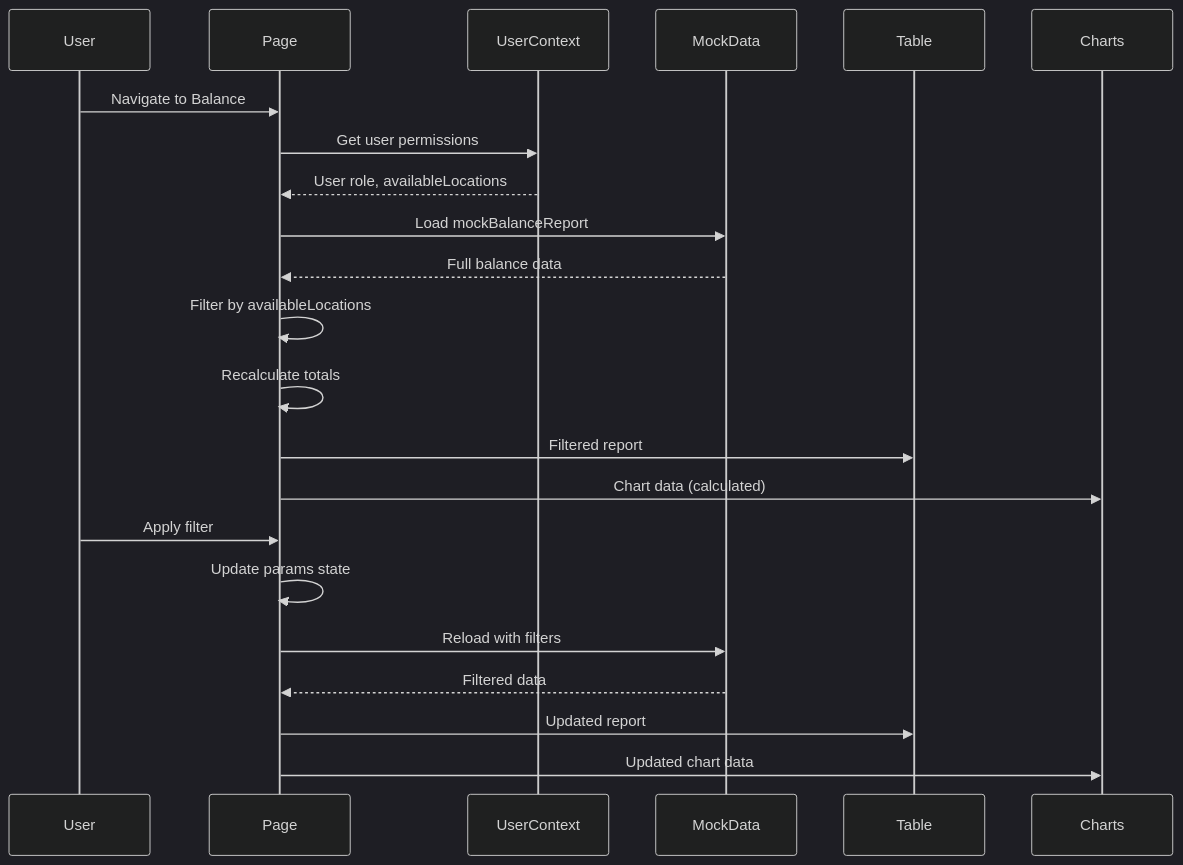
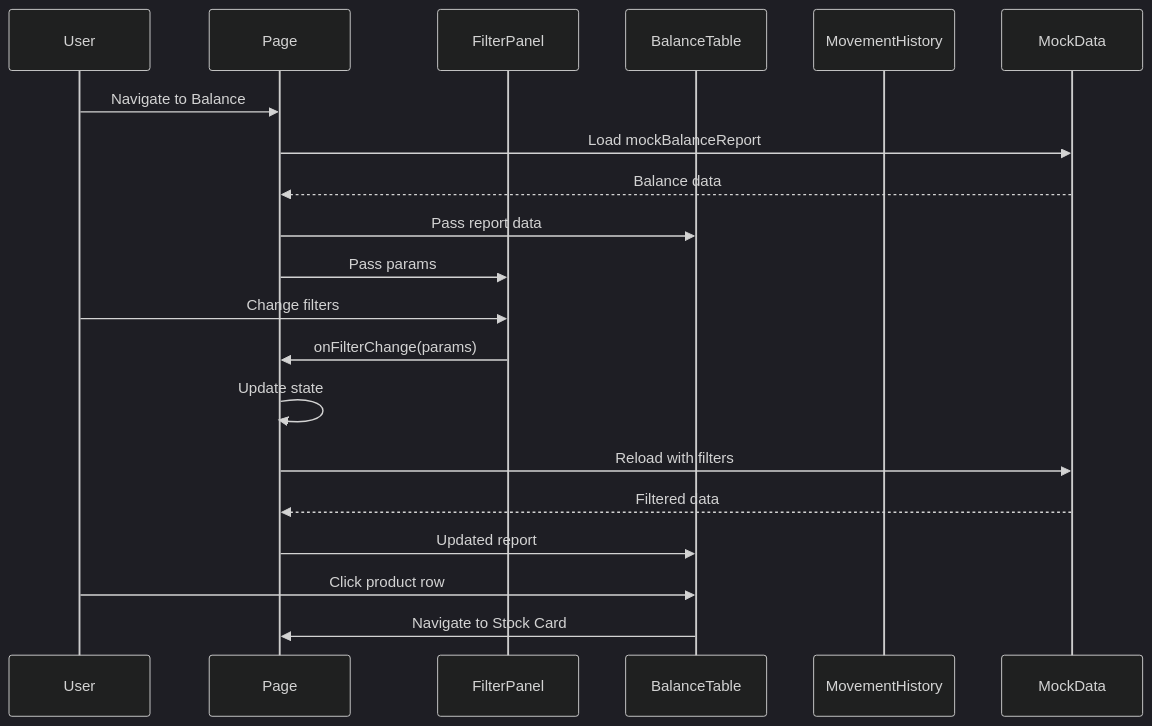
The third of 3 diagrams in docs/app/inventory-management/stock-overview/inventory-balance/TS-inventory-balance.md (PeakMNA/carmen), drawn with Mermaid (dark theme) before and after one commit. The commit also changed other lines of this file and 473 other files, not shown here.

````diff
--- a/docs/app/inventory-management/stock-overview/inventory-balance/TS-inventory-balance.md
+++ b/docs/app/inventory-management/stock-overview/inventory-balance/TS-inventory-balance.md
@@ -168,26 +438,25 @@
 ```mermaid
 sequenceDiagram
     participant User
     participant Page
-    participant UserContext
+    participant FilterPanel
+    participant BalanceTable
+    participant MovementHistory
     participant MockData
-    participant Table
-    participant Charts
 
     User->>Page: Navigate to Balance
-    Page->>UserContext: Get user permissions
-    UserContext-->>Page: User role, availableLocations
     Page->>MockData: Load mockBalanceReport
-    MockData-->>Page: Full balance data
-    Page->>Page: Filter by availableLocations
-    Page->>Page: Recalculate totals
-    Page->>Table: Filtered report
-    Page->>Charts: Chart data (calculated)
+    MockData-->>Page: Balance data
+    Page->>BalanceTable: Pass report data
+    Page->>FilterPanel: Pass params
 
-    User->>Page: Apply filter
-    Page->>Page: Update params state
+    User->>FilterPanel: Change filters
+    FilterPanel->>Page: onFilterChange(params)
+    Page->>Page: Update state
     Page->>MockData: Reload with filters
     MockData-->>Page: Filtered data
-    Page->>Table: Updated report
-    Page->>Charts: Updated chart data
+    Page->>BalanceTable: Updated report
+
+    User->>BalanceTable: Click product row
+    BalanceTable->>Page: Navigate to Stock Card
 ```
````
